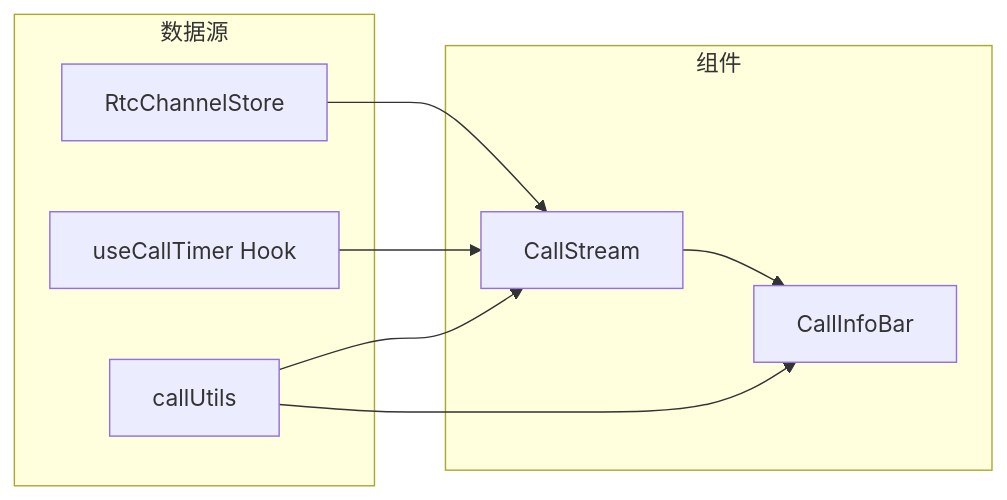
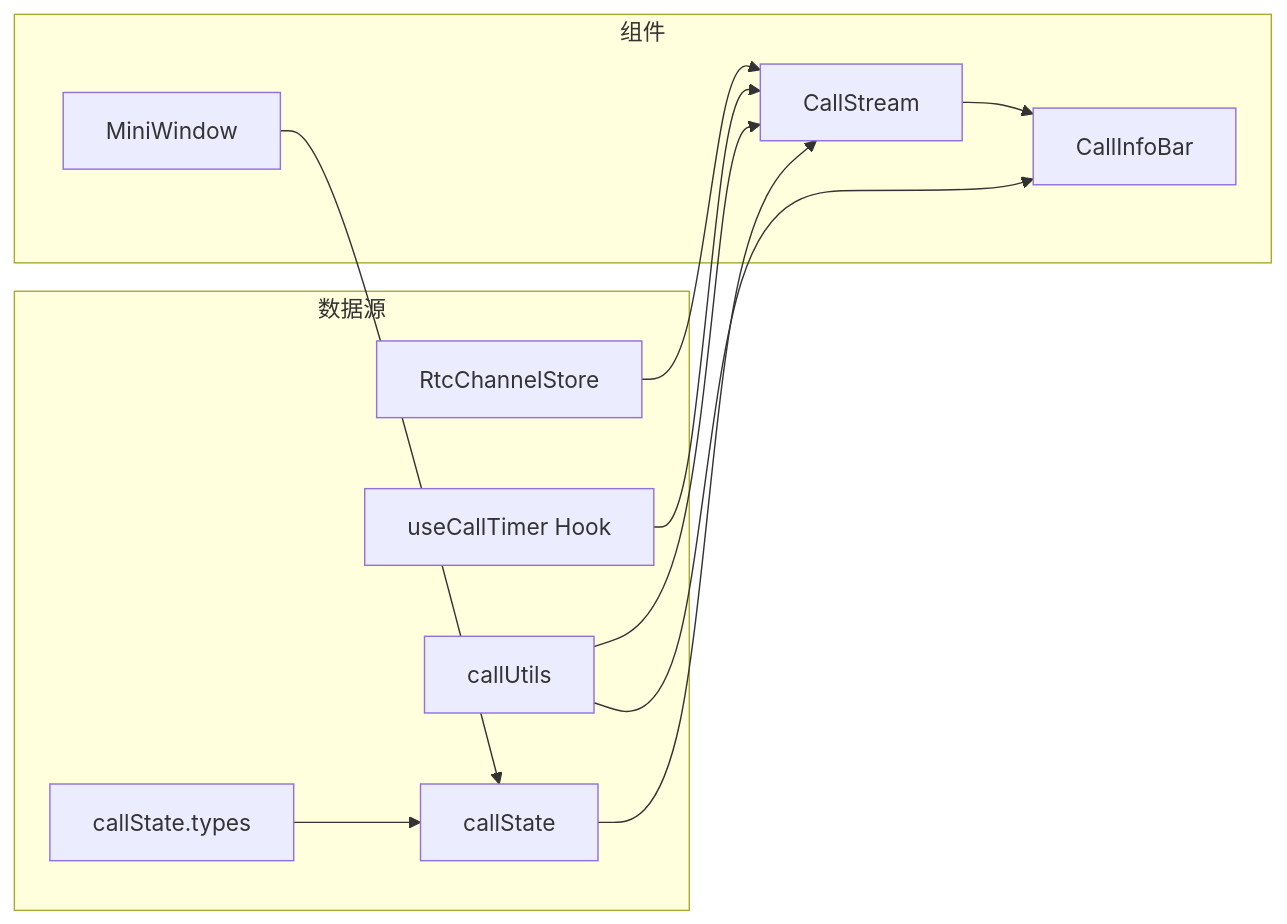
Before and after one commit to Easemob-Community/easemob-uikit-callkit-vue3: the tenth of 10 diagrams in .qoder/repowiki/zh/content/核心组件/单人通话组件/通话信息栏 CallInfoBar.md, drawn with Mermaid. The commit also changed other lines of this file and 58 other files, not shown here.

````diff
--- a/.qoder/repowiki/zh/content/核心组件/单人通话组件/通话信息栏 CallInfoBar.md
+++ b/.qoder/repowiki/zh/content/核心组件/单人通话组件/通话信息栏 CallInfoBar.md
@@ -338,17 +408,23 @@
 ```mermaid
 flowchart LR
 subgraph "数据源"
 RTC[RtcChannelStore]
 TimerHook[useCallTimer Hook]
 Utils[callUtils]
+State[callState]
+Types[callState.types]
 end
 subgraph "组件"
 CallStream[CallStream]
 CallInfoBar[CallInfoBar]
+MiniWindow[MiniWindow]
 end
 RTC --> CallStream
 TimerHook --> CallStream
 Utils --> CallStream
 Utils --> CallInfoBar
+State --> CallStream
+Types --> State
 CallStream --> CallInfoBar
+MiniWindow --> State
 ```
````
